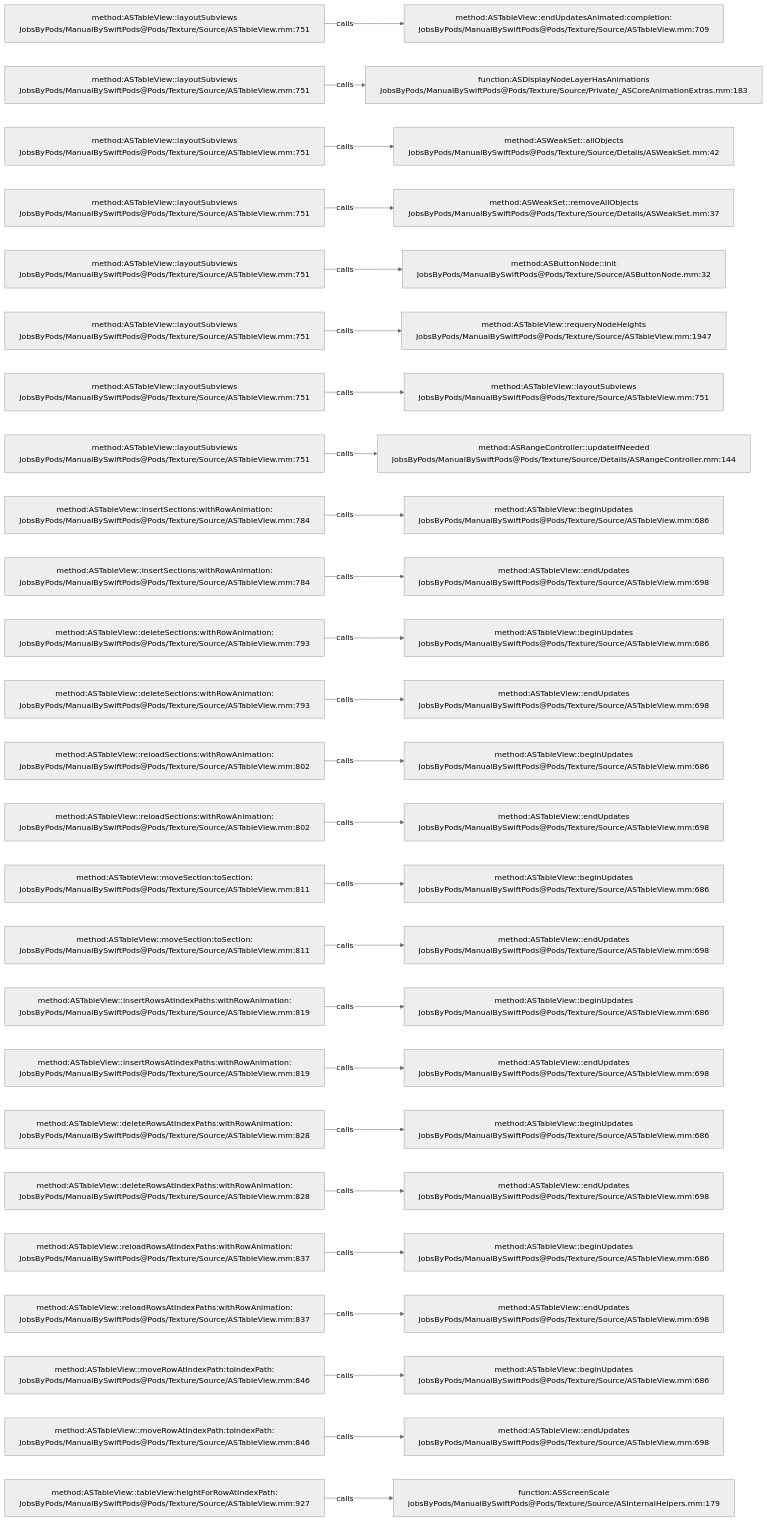
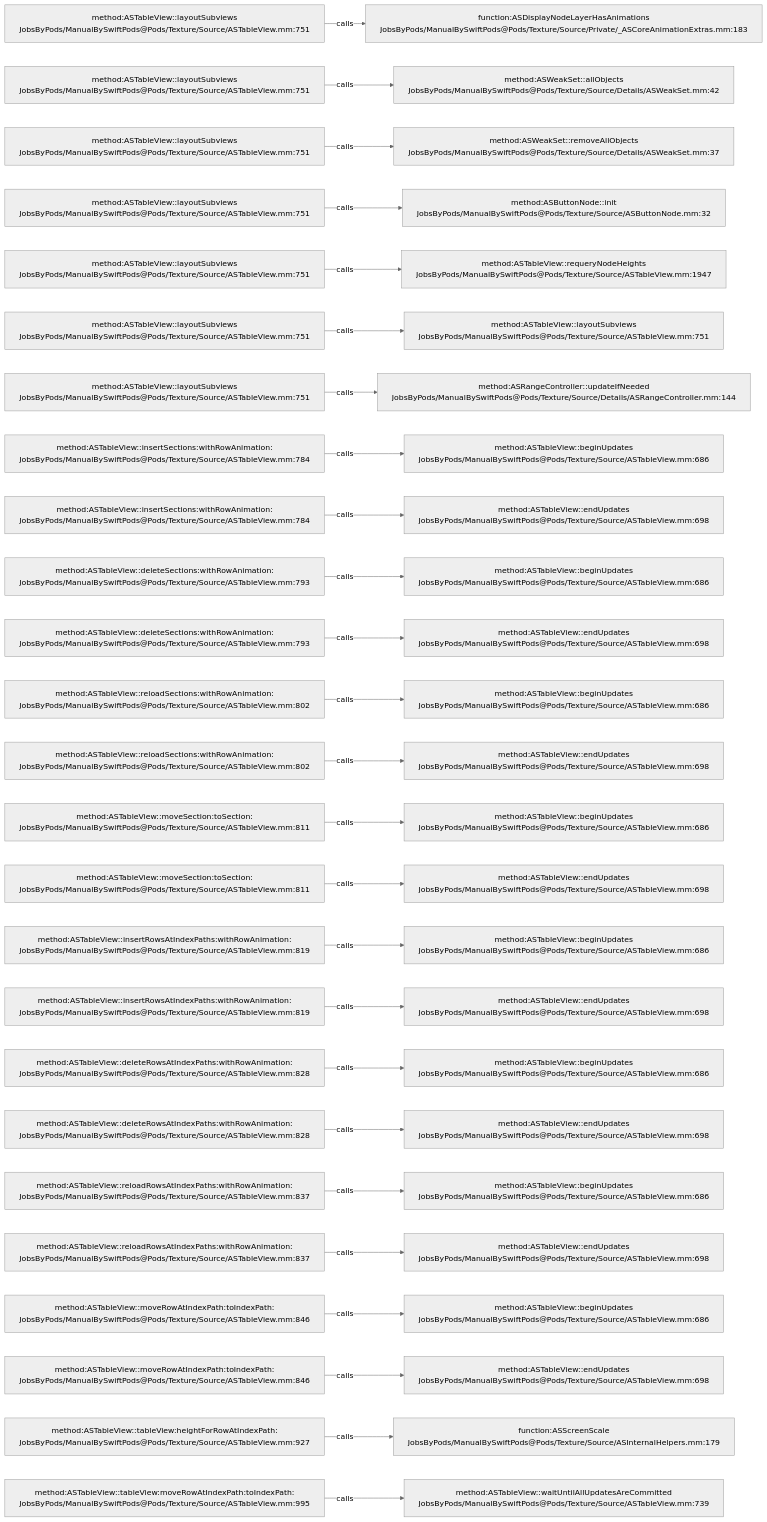
Before and after one commit to JobsKits/JobsSwiftBaseConfigDemo: the diagram in .codegraph/codegraph.md/graphs/calls-060.md, drawn with Mermaid (neutral theme). The commit also changed 747 other files, not shown here.

````diff
--- a/.codegraph/codegraph.md/graphs/calls-060.md
+++ b/.codegraph/codegraph.md/graphs/calls-060.md
@@ -13,78 +13,78 @@
 ```mermaid
 flowchart LR
   S1["method:ASTableView::layoutSubviews<br/>JobsByPods/ManualBySwiftPods@Pods/Texture/Source/ASTableView.mm:751"]
-  T1["method:ASTableView::endUpdatesAnimated:completion:<br/>JobsByPods/ManualBySwiftPods@Pods/Texture/Source/ASTableView.mm:709"]
+  T1["function:ASDisplayNodeLayerHasAnimations<br/>JobsByPods/ManualBySwiftPods@Pods/Texture/Source/Private/_ASCoreAnimationExtras.mm:183"]
   S1 -->|calls| T1
   S2["method:ASTableView::layoutSubviews<br/>JobsByPods/ManualBySwiftPods@Pods/Texture/Source/ASTableView.mm:751"]
-  T2["function:ASDisplayNodeLayerHasAnimations<br/>JobsByPods/ManualBySwiftPods@Pods/Texture/Source/Private/_ASCoreAnimationExtras.mm:183"]
+  T2["method:ASWeakSet::allObjects<br/>JobsByPods/ManualBySwiftPods@Pods/Texture/Source/Details/ASWeakSet.mm:42"]
   S2 -->|calls| T2
   S3["method:ASTableView::layoutSubviews<br/>JobsByPods/ManualBySwiftPods@Pods/Texture/Source/ASTableView.mm:751"]
-  T3["method:ASWeakSet::allObjects<br/>JobsByPods/ManualBySwiftPods@Pods/Texture/Source/Details/ASWeakSet.mm:42"]
+  T3["method:ASWeakSet::removeAllObjects<br/>JobsByPods/ManualBySwiftPods@Pods/Texture/Source/Details/ASWeakSet.mm:37"]
   S3 -->|calls| T3
   S4["method:ASTableView::layoutSubviews<br/>JobsByPods/ManualBySwiftPods@Pods/Texture/Source/ASTableView.mm:751"]
-  T4["method:ASWeakSet::removeAllObjects<br/>JobsByPods/ManualBySwiftPods@Pods/Texture/Source/Details/ASWeakSet.mm:37"]
+  T4["method:ASButtonNode::init<br/>JobsByPods/ManualBySwiftPods@Pods/Texture/Source/ASButtonNode.mm:32"]
   S4 -->|calls| T4
   S5["method:ASTableView::layoutSubviews<br/>JobsByPods/ManualBySwiftPods@Pods/Texture/Source/ASTableView.mm:751"]
-  T5["method:ASButtonNode::init<br/>JobsByPods/ManualBySwiftPods@Pods/Texture/Source/ASButtonNode.mm:32"]
+  T5["method:ASTableView::requeryNodeHeights<br/>JobsByPods/ManualBySwiftPods@Pods/Texture/Source/ASTableView.mm:1947"]
   S5 -->|calls| T5
   S6["method:ASTableView::layoutSubviews<br/>JobsByPods/ManualBySwiftPods@Pods/Texture/Source/ASTableView.mm:751"]
-  T6["method:ASTableView::requeryNodeHeights<br/>JobsByPods/ManualBySwiftPods@Pods/Texture/Source/ASTableView.mm:1947"]
+  T6["method:ASTableView::layoutSubviews<br/>JobsByPods/ManualBySwiftPods@Pods/Texture/Source/ASTableView.mm:751"]
   S6 -->|calls| T6
   S7["method:ASTableView::layoutSubviews<br/>JobsByPods/ManualBySwiftPods@Pods/Texture/Source/ASTableView.mm:751"]
-  T7["method:ASTableView::layoutSubviews<br/>JobsByPods/ManualBySwiftPods@Pods/Texture/Source/ASTableView.mm:751"]
+  T7["method:ASRangeController::updateIfNeeded<br/>JobsByPods/ManualBySwiftPods@Pods/Texture/Source/Details/ASRangeController.mm:144"]
   S7 -->|calls| T7
-  S8["method:ASTableView::layoutSubviews<br/>JobsByPods/ManualBySwiftPods@Pods/Texture/Source/ASTableView.mm:751"]
-  T8["method:ASRangeController::updateIfNeeded<br/>JobsByPods/ManualBySwiftPods@Pods/Texture/Source/Details/ASRangeController.mm:144"]
+  S8["method:ASTableView::insertSections:withRowAnimation:<br/>JobsByPods/ManualBySwiftPods@Pods/Texture/Source/ASTableView.mm:784"]
+  T8["method:ASTableView::beginUpdates<br/>JobsByPods/ManualBySwiftPods@Pods/Texture/Source/ASTableView.mm:686"]
   S8 -->|calls| T8
   S9["method:ASTableView::insertSections:withRowAnimation:<br/>JobsByPods/ManualBySwiftPods@Pods/Texture/Source/ASTableView.mm:784"]
-  T9["method:ASTableView::beginUpdates<br/>JobsByPods/ManualBySwiftPods@Pods/Texture/Source/ASTableView.mm:686"]
+  T9["method:ASTableView::endUpdates<br/>JobsByPods/ManualBySwiftPods@Pods/Texture/Source/ASTableView.mm:698"]
   S9 -->|calls| T9
-  S10["method:ASTableView::insertSections:withRowAnimation:<br/>JobsByPods/ManualBySwiftPods@Pods/Texture/Source/ASTableView.mm:784"]
-  T10["method:ASTableView::endUpdates<br/>JobsByPods/ManualBySwiftPods@Pods/Texture/Source/ASTableView.mm:698"]
+  S10["method:ASTableView::deleteSections:withRowAnimation:<br/>JobsByPods/ManualBySwiftPods@Pods/Texture/Source/ASTableView.mm:793"]
+  T10["method:ASTableView::beginUpdates<br/>JobsByPods/ManualBySwiftPods@Pods/Texture/Source/ASTableView.mm:686"]
   S10 -->|calls| T10
   S11["method:ASTableView::deleteSections:withRowAnimation:<br/>JobsByPods/ManualBySwiftPods@Pods/Texture/Source/ASTableView.mm:793"]
-  T11["method:ASTableView::beginUpdates<br/>JobsByPods/ManualBySwiftPods@Pods/Texture/Source/ASTableView.mm:686"]
+  T11["method:ASTableView::endUpdates<br/>JobsByPods/ManualBySwiftPods@Pods/Texture/Source/ASTableView.mm:698"]
   S11 -->|calls| T11
-  S12["method:ASTableView::deleteSections:withRowAnimation:<br/>JobsByPods/ManualBySwiftPods@Pods/Texture/Source/ASTableView.mm:793"]
-  T12["method:ASTableView::endUpdates<br/>JobsByPods/ManualBySwiftPods@Pods/Texture/Source/ASTableView.mm:698"]
+  S12["method:ASTableView::reloadSections:withRowAnimation:<br/>JobsByPods/ManualBySwiftPods@Pods/Texture/Source/ASTableView.mm:802"]
+  T12["method:ASTableView::beginUpdates<br/>JobsByPods/ManualBySwiftPods@Pods/Texture/Source/ASTableView.mm:686"]
   S12 -->|calls| T12
   S13["method:ASTableView::reloadSections:withRowAnimation:<br/>JobsByPods/ManualBySwiftPods@Pods/Texture/Source/ASTableView.mm:802"]
-  T13["method:ASTableView::beginUpdates<br/>JobsByPods/ManualBySwiftPods@Pods/Texture/Source/ASTableView.mm:686"]
+  T13["method:ASTableView::endUpdates<br/>JobsByPods/ManualBySwiftPods@Pods/Texture/Source/ASTableView.mm:698"]
   S13 -->|calls| T13
-  S14["method:ASTableView::reloadSections:withRowAnimation:<br/>JobsByPods/ManualBySwiftPods@Pods/Texture/Source/ASTableView.mm:802"]
-  T14["method:ASTableView::endUpdates<br/>JobsByPods/ManualBySwiftPods@Pods/Texture/Source/ASTableView.mm:698"]
+  S14["method:ASTableView::moveSection:toSection:<br/>JobsByPods/ManualBySwiftPods@Pods/Texture/Source/ASTableView.mm:811"]
+  T14["method:ASTableView::beginUpdates<br/>JobsByPods/ManualBySwiftPods@Pods/Texture/Source/ASTableView.mm:686"]
   S14 -->|calls| T14
   S15["method:ASTableView::moveSection:toSection:<br/>JobsByPods/ManualBySwiftPods@Pods/Texture/Source/ASTableView.mm:811"]
-  T15["method:ASTableView::beginUpdates<br/>JobsByPods/ManualBySwiftPods@Pods/Texture/Source/ASTableView.mm:686"]
+  T15["method:ASTableView::endUpdates<br/>JobsByPods/ManualBySwiftPods@Pods/Texture/Source/ASTableView.mm:698"]
   S15 -->|calls| T15
-  S16["method:ASTableView::moveSection:toSection:<br/>JobsByPods/ManualBySwiftPods@Pods/Texture/Source/ASTableView.mm:811"]
-  T16["method:ASTableView::endUpdates<br/>JobsByPods/ManualBySwiftPods@Pods/Texture/Source/ASTableView.mm:698"]
+  S16["method:ASTableView::insertRowsAtIndexPaths:withRowAnimation:<br/>JobsByPods/ManualBySwiftPods@Pods/Texture/Source/ASTableView.mm:819"]
+  T16["method:ASTableView::beginUpdates<br/>JobsByPods/ManualBySwiftPods@Pods/Texture/Source/ASTableView.mm:686"]
   S16 -->|calls| T16
   S17["method:ASTableView::insertRowsAtIndexPaths:withRowAnimation:<br/>JobsByPods/ManualBySwiftPods@Pods/Texture/Source/ASTableView.mm:819"]
-  T17["method:ASTableView::beginUpdates<br/>JobsByPods/ManualBySwiftPods@Pods/Texture/Source/ASTableView.mm:686"]
+  T17["method:ASTableView::endUpdates<br/>JobsByPods/ManualBySwiftPods@Pods/Texture/Source/ASTableView.mm:698"]
   S17 -->|calls| T17
-  S18["method:ASTableView::insertRowsAtIndexPaths:withRowAnimation:<br/>JobsByPods/ManualBySwiftPods@Pods/Texture/Source/ASTableView.mm:819"]
-  T18["method:ASTableView::endUpdates<br/>JobsByPods/ManualBySwiftPods@Pods/Texture/Source/ASTableView.mm:698"]
+  S18["method:ASTableView::deleteRowsAtIndexPaths:withRowAnimation:<br/>JobsByPods/ManualBySwiftPods@Pods/Texture/Source/ASTableView.mm:828"]
+  T18["method:ASTableView::beginUpdates<br/>JobsByPods/ManualBySwiftPods@Pods/Texture/Source/ASTableView.mm:686"]
   S18 -->|calls| T18
   S19["method:ASTableView::deleteRowsAtIndexPaths:withRowAnimation:<br/>JobsByPods/ManualBySwiftPods@Pods/Texture/Source/ASTableView.mm:828"]
-  T19["method:ASTableView::beginUpdates<br/>JobsByPods/ManualBySwiftPods@Pods/Texture/Source/ASTableView.mm:686"]
+  T19["method:ASTableView::endUpdates<br/>JobsByPods/ManualBySwiftPods@Pods/Texture/Source/ASTableView.mm:698"]
   S19 -->|calls| T19
-  S20["method:ASTableView::deleteRowsAtIndexPaths:withRowAnimation:<br/>JobsByPods/ManualBySwiftPods@Pods/Texture/Source/ASTableView.mm:828"]
-  T20["method:ASTableView::endUpdates<br/>JobsByPods/ManualBySwiftPods@Pods/Texture/Source/ASTableView.mm:698"]
+  S20["method:ASTableView::reloadRowsAtIndexPaths:withRowAnimation:<br/>JobsByPods/ManualBySwiftPods@Pods/Texture/Source/ASTableView.mm:837"]
+  T20["method:ASTableView::beginUpdates<br/>JobsByPods/ManualBySwiftPods@Pods/Texture/Source/ASTableView.mm:686"]
   S20 -->|calls| T20
   S21["method:ASTableView::reloadRowsAtIndexPaths:withRowAnimation:<br/>JobsByPods/ManualBySwiftPods@Pods/Texture/Source/ASTableView.mm:837"]
-  T21["method:ASTableView::beginUpdates<br/>JobsByPods/ManualBySwiftPods@Pods/Texture/Source/ASTableView.mm:686"]
+  T21["method:ASTableView::endUpdates<br/>JobsByPods/ManualBySwiftPods@Pods/Texture/Source/ASTableView.mm:698"]
   S21 -->|calls| T21
-  S22["method:ASTableView::reloadRowsAtIndexPaths:withRowAnimation:<br/>JobsByPods/ManualBySwiftPods@Pods/Texture/Source/ASTableView.mm:837"]
-  T22["method:ASTableView::endUpdates<br/>JobsByPods/ManualBySwiftPods@Pods/Texture/Source/ASTableView.mm:698"]
+  S22["method:ASTableView::moveRowAtIndexPath:toIndexPath:<br/>JobsByPods/ManualBySwiftPods@Pods/Texture/Source/ASTableView.mm:846"]
+  T22["method:ASTableView::beginUpdates<br/>JobsByPods/ManualBySwiftPods@Pods/Texture/Source/ASTableView.mm:686"]
   S22 -->|calls| T22
   S23["method:ASTableView::moveRowAtIndexPath:toIndexPath:<br/>JobsByPods/ManualBySwiftPods@Pods/Texture/Source/ASTableView.mm:846"]
-  T23["method:ASTableView::beginUpdates<br/>JobsByPods/ManualBySwiftPods@Pods/Texture/Source/ASTableView.mm:686"]
+  T23["method:ASTableView::endUpdates<br/>JobsByPods/ManualBySwiftPods@Pods/Texture/Source/ASTableView.mm:698"]
   S23 -->|calls| T23
-  S24["method:ASTableView::moveRowAtIndexPath:toIndexPath:<br/>JobsByPods/ManualBySwiftPods@Pods/Texture/Source/ASTableView.mm:846"]
-  T24["method:ASTableView::endUpdates<br/>JobsByPods/ManualBySwiftPods@Pods/Texture/Source/ASTableView.mm:698"]
+  S24["method:ASTableView::tableView:heightForRowAtIndexPath:<br/>JobsByPods/ManualBySwiftPods@Pods/Texture/Source/ASTableView.mm:927"]
+  T24["function:ASScreenScale<br/>JobsByPods/ManualBySwiftPods@Pods/Texture/Source/ASInternalHelpers.mm:179"]
   S24 -->|calls| T24
-  S25["method:ASTableView::tableView:heightForRowAtIndexPath:<br/>JobsByPods/ManualBySwiftPods@Pods/Texture/Source/ASTableView.mm:927"]
-  T25["function:ASScreenScale<br/>JobsByPods/ManualBySwiftPods@Pods/Texture/Source/ASInternalHelpers.mm:179"]
+  S25["method:ASTableView::tableView:moveRowAtIndexPath:toIndexPath:<br/>JobsByPods/ManualBySwiftPods@Pods/Texture/Source/ASTableView.mm:995"]
+  T25["method:ASTableView::waitUntilAllUpdatesAreCommitted<br/>JobsByPods/ManualBySwiftPods@Pods/Texture/Source/ASTableView.mm:739"]
   S25 -->|calls| T25
 ```
````
